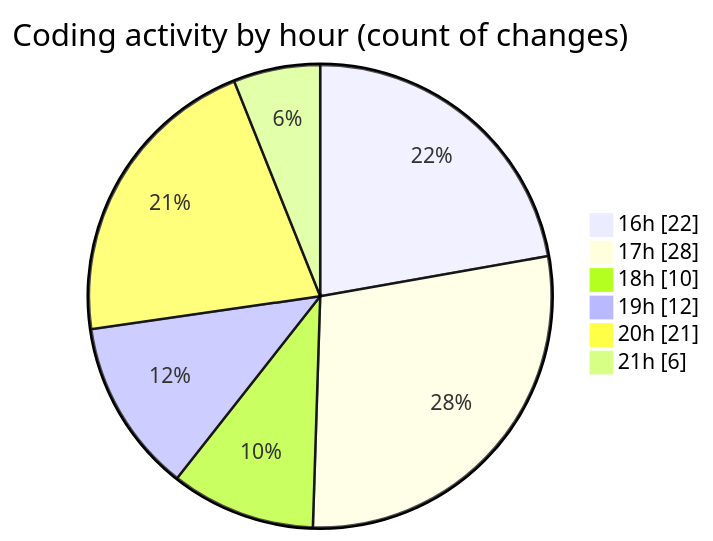
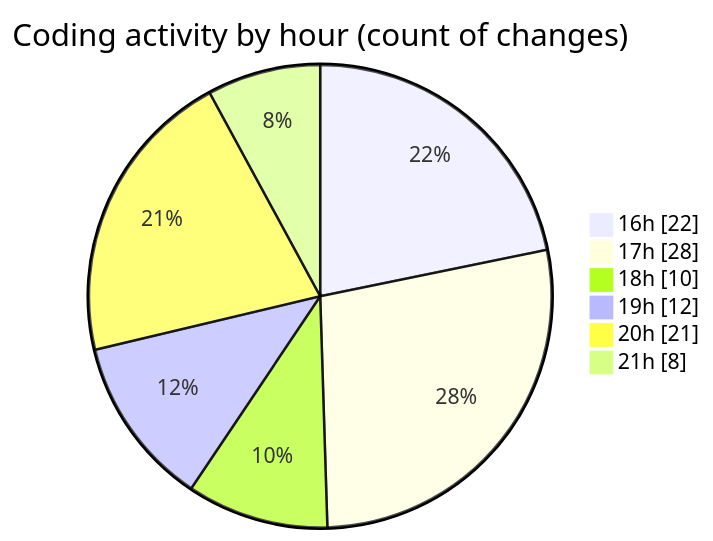
One commit to becaeroporto-bot/code-tracking changed the second of 2 diagrams in 2026-02-17/bot_v1_2/README.md. Above: the diagram before and after it, drawn with Mermaid. The commit also changed other lines of this file and 1 other file, not shown here.

````diff
--- a/2026-02-17/bot_v1_2/README.md
+++ b/2026-02-17/bot_v1_2/README.md
@@ -54,10 +54,10 @@
 ```mermaid
 pie showData
 title Coding activity by hour (count of changes)
 "16h" : 22
 "17h" : 28
 "18h" : 10
 "19h" : 12
 "20h" : 21
-"21h" : 6
+"21h" : 8
 ```
````
